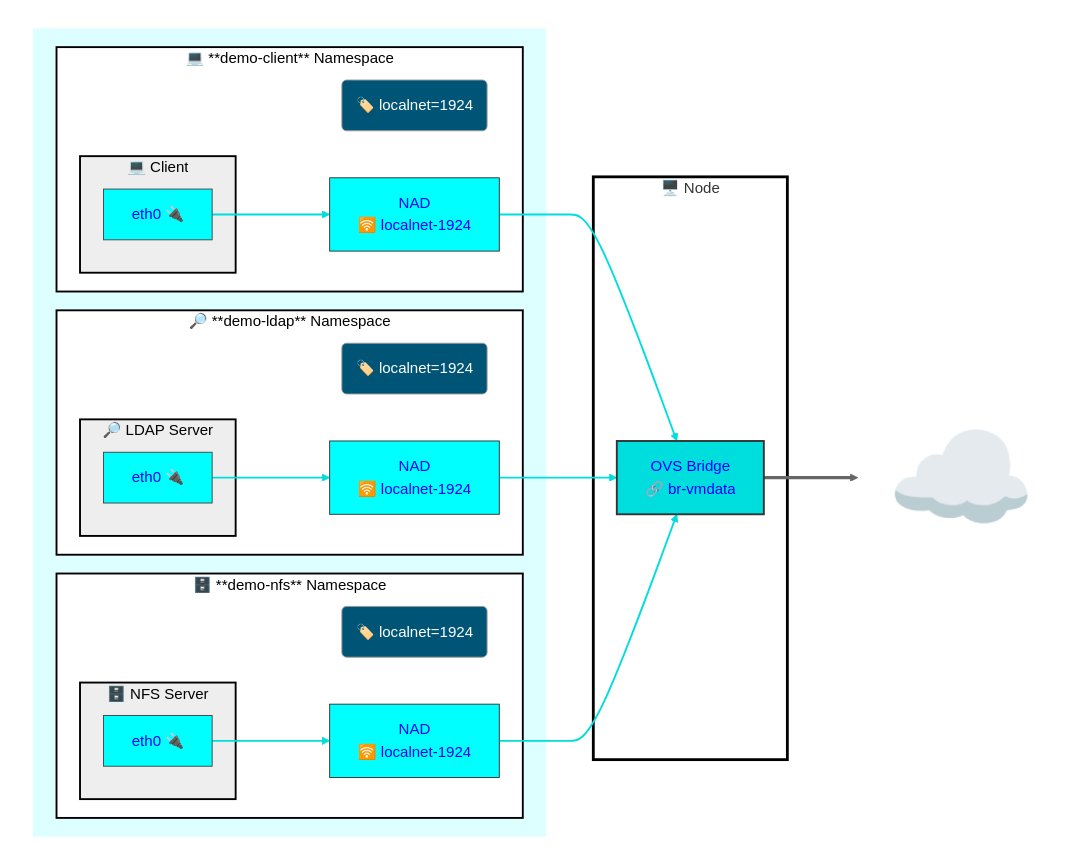
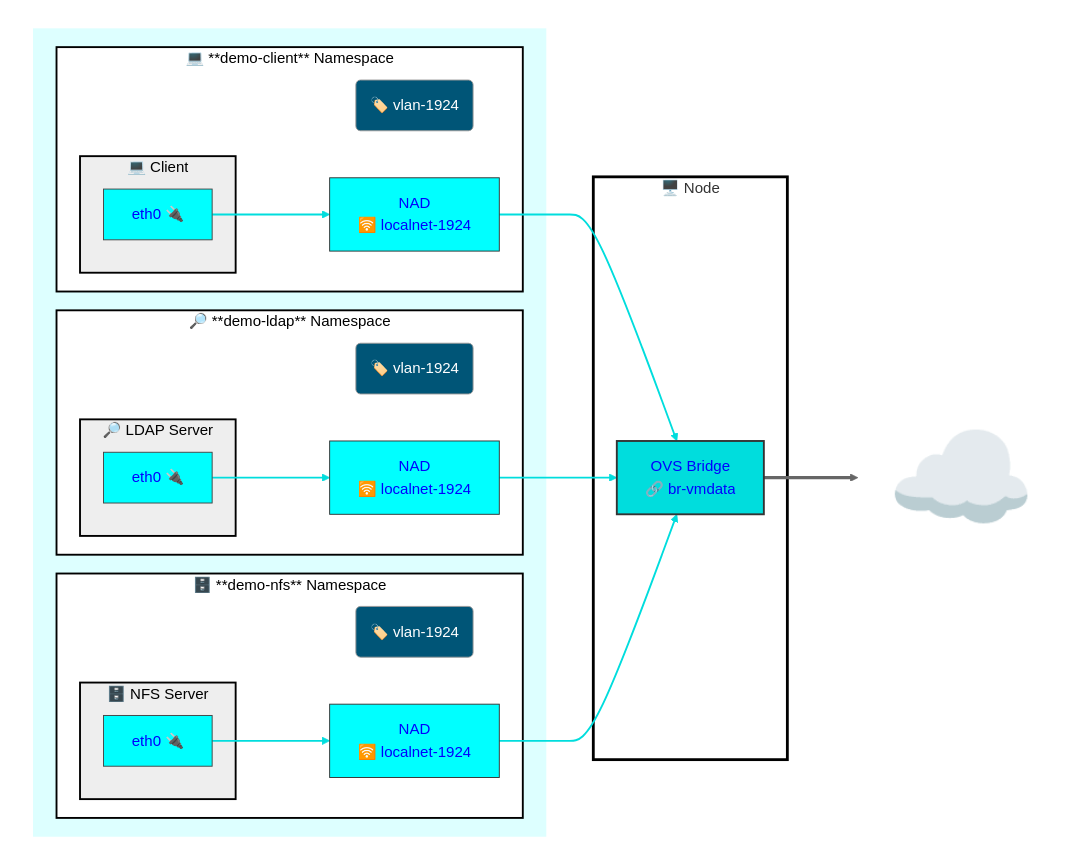
Before and after one commit to dlbewley/demo-autofs: the fourth of 4 diagrams in networking/readme.md, drawn with Mermaid (neutral theme). The commit also changed other lines of this file and 7 other files, not shown here.

Commit message:
Update localnet configurations to use selector 'vlan-1924' label instead of 'localnet: 1924' Introduced localnet-1926-dhcp component with appropriate configurations.

````diff
--- a/networking/readme.md
+++ b/networking/readme.md
@@ -219,79 +219,79 @@
 ```mermaid
 graph LR;
     subgraph Cluster[" "]
 
       subgraph Project[" "]
         subgraph ns-nfs["🗄️ **demo-nfs** Namespace"]
-          label-nfs("🏷️ localnet=1924")
+          label-nfs("🏷️ vlan-1924")
           nad-1924-nfs[NAD<br> 🛜 localnet-1924]
           subgraph vm-nfs["🗄️ NFS Server"]
               nfs-eth0[eth0 🔌]
           end
         end
 
         subgraph ns-ldap["🔎 **demo-ldap** Namespace"]
-          label-ldap("🏷️ localnet=1924")
+          label-ldap("🏷️ vlan-1924")
           nad-1924-ldap[NAD<br> 🛜 localnet-1924]
           subgraph vm-ldap["🔎 LDAP Server"]
               ldap-eth0[eth0 🔌]
           end
         end
 
         subgraph ns-client["💻 **demo-client** Namespace"]
-          label-client("🏷️ localnet=1924")
+          label-client("🏷️ vlan-1924")
           nad-1924-client[NAD<br> 🛜 localnet-1924]
           subgraph vm-client["💻 Client"]
               client-eth0[eth0 🔌]
           end
         end
 
       end
 
       subgraph node1["🖥️ Node "]
         br-vmdata[ OVS Bridge<br> 🔗 br-vmdata]:::vlan-1924;
       end
     end
 
     nfs-eth0    ---> nad-1924-nfs
     ldap-eth0   ---> nad-1924-ldap
     client-eth0 ---> nad-1924-client
 
 
     nad-1924-client --> br-vmdata
     nad-1924-ldap --> br-vmdata
     nad-1924-nfs --> br-vmdata
 
 
     linkStyle 0,1,2,3,4,5 stroke:#00dddd,stroke-width:2px;
 
     Internet["☁️ "]:::Internet
     br-vmdata ==> Internet
 
 
     classDef node-eth fill:#00dddd,color:#00f,stroke:#333,stroke-width:2px;
     class node1-eth0 node-eth;
 
     classDef vm-eth fill:#00ffff,color:#00f,stroke:#444,stroke-width:1px;
     class client-eth0,ldap-eth0,nfs-eth0 vm-eth;
 
     classDef vlan-1924 fill:#00dddd,color:#00f,stroke:#333,stroke-width:2px;
 
     classDef labels stroke-width:1px,color:#fff,fill:#005577;
     class label-client,label-ldap,label-nfs labels;
 
     style Cluster color:#000,fill:#fff,stroke:#333,stroke-width:0px;
     style Project color:#000,fill:#dff,stroke:#333,stroke-width:0px;
     style Internet fill:none,stroke-width:0px,font-size:+2em;
 
     classDef vm color:#000,fill:#eee,stroke:#000,stroke-width:2px
     class vm-client,vm-ldap,vm-nfs vm
 
     classDef nodes fill:#fff,stroke:#000,stroke-width:3px;
     class node1 nodes;
 
     classDef namespace color:#000,fill:#fff,stroke:#000,stroke-width:2px;
     class ns-nfs,ns-client,ns-ldap namespace;
 
     classDef nad-1924 fill:#00ffff,color:#00f,stroke:#333,stroke-width:1px;
     class nad-1924-client,nad-1924-ldap,nad-1924-nfs nad-1924;
 ```
````
